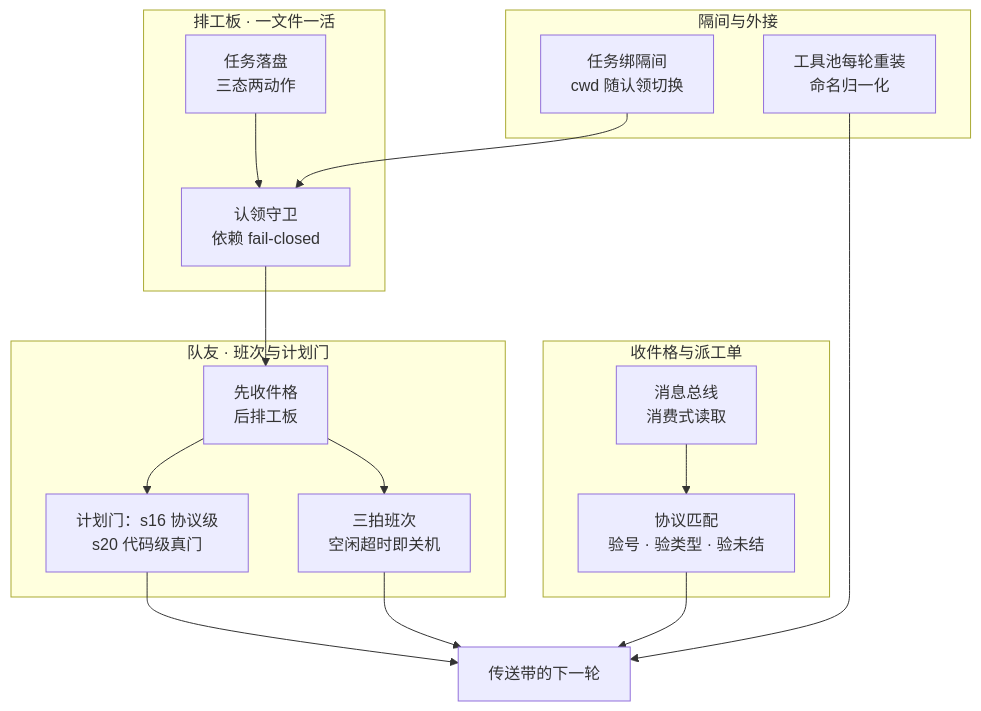
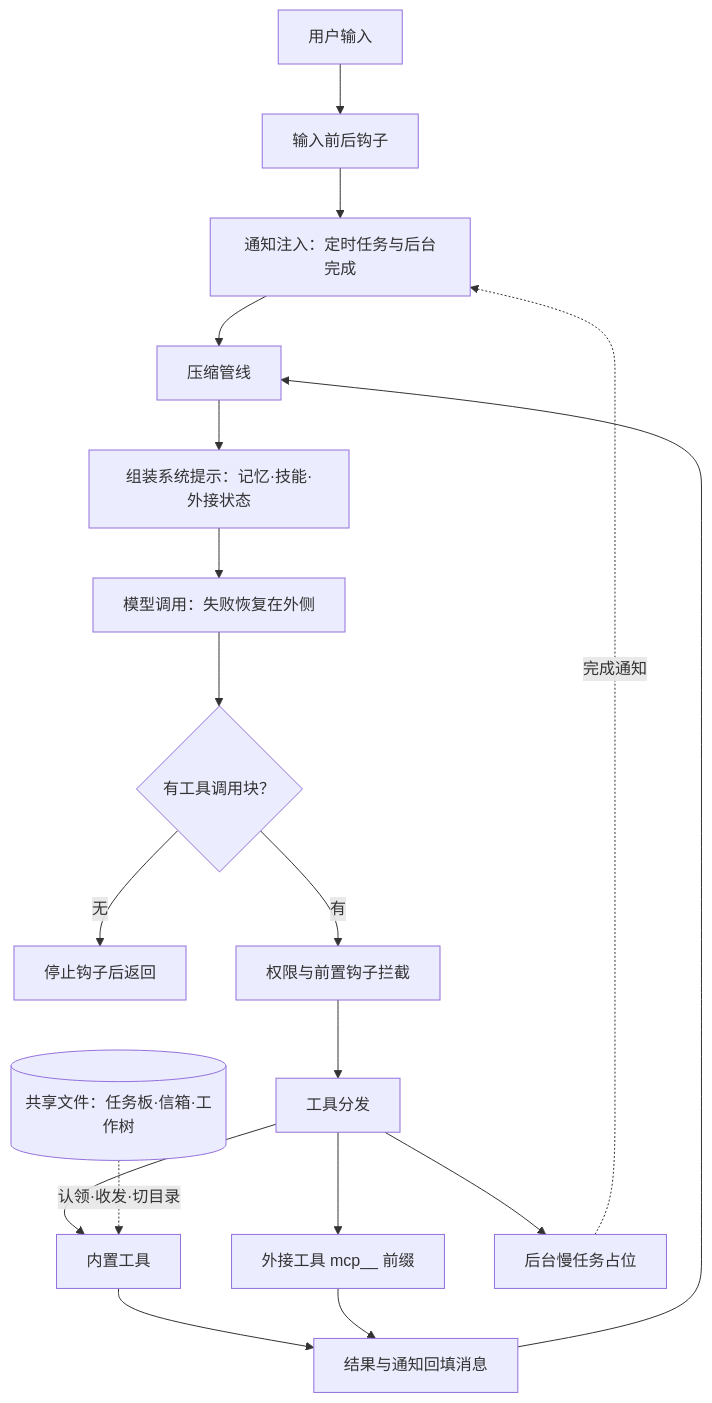
One commit to ThreeFish-AI/negentropy changed the diagram in docs/assets/mermaid/agent-harness/claude-code-multiagent--collab-panorama.mmd. Above: the diagram before and after it, drawn with Mermaid. The commit also changed 13 other files, not shown here.

```diff
--- a/docs/assets/mermaid/agent-harness/claude-code-multiagent--collab-panorama.mmd
+++ b/docs/assets/mermaid/agent-harness/claude-code-multiagent--collab-panorama.mmd
@@ -1,33 +1,22 @@
 %% source: docs/research/agent-harness/175-claude-code-multi-agent-platform.md §2
 %% slug: claude-code-multiagent--collab-panorama
 %% type: workflow
 %% derived: docs/assets/architecture/agent-harness/claude-code-multiagent--collab-panorama.html
 flowchart TD
-    subgraph S1["排工板 · 一文件一活"]
-        A1["任务落盘<br/>三态两动作"]
-        A2["认领守卫<br/>依赖 fail-closed"]
-    end
-    subgraph S2["收件格与派工单"]
-        B1["消息总线<br/>消费式读取"]
-        B2["协议匹配<br/>验号 · 验类型 · 验未结"]
-    end
-    subgraph S3["队友 · 班次与计划门"]
-        C1["先收件格<br/>后排工板"]
-        C2["计划门：s16 协议级<br/>s20 代码级真门"]
-        C3["三拍班次<br/>空闲超时即关机"]
-    end
-    subgraph S4["隔间与外接"]
-        D1["任务绑隔间<br/>cwd 随认领切换"]
-        D2["工具池每轮重装<br/>命名归一化"]
-    end
-    A1 --> A2
-    A2 --> C1
-    B1 --> B2
-    C1 --> C2
-    C1 --> C3
-    C3 --> Z
-    D1 --> A2
-    B2 --> Z
-    C2 --> Z
-    D2 --> Z
-    Z["传送带的下一轮"]
+    U[用户输入] --> H[输入前后钩子]
+    H --> W[通知注入：定时任务与后台完成]
+    W --> C[压缩管线]
+    C --> S[组装系统提示：记忆·技能·外接状态]
+    S --> L[模型调用：失败恢复在外侧]
+    L --> Q{有工具调用块？}
+    Q -- 无 --> X[停止钩子后返回]
+    Q -- 有 --> P[权限与前置钩子拦截]
+    P --> D[工具分发]
+    D --> T1[内置工具]
+    D --> T2[外接工具 mcp__ 前缀]
+    D --> T3[后台慢任务占位]
+    T1 --> R[结果与通知回填消息]
+    T2 --> R
+    T3 -.完成通知.-> W
+    R --> C
+    F[(共享文件：任务板·信箱·工作树)] -.认领·收发·切目录.-> T1
```
